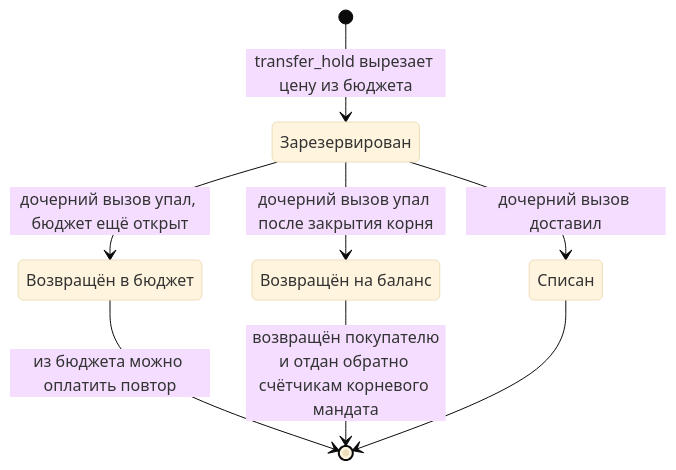
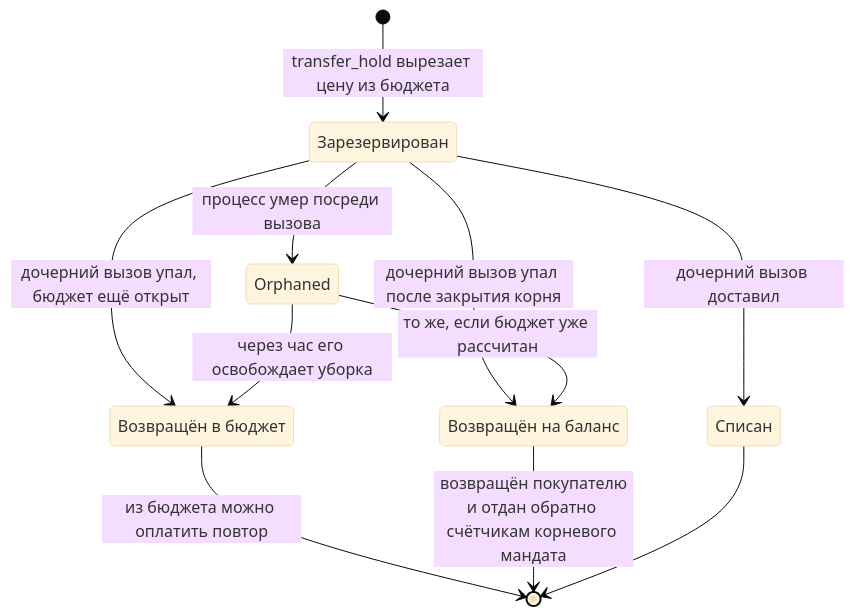
One commit to alexar76/aimarket-hub changed the fourth of 8 diagrams in docs/subcontracting.ru.md. Above: the diagram before and after it, drawn with Mermaid (base theme). The commit also changed other lines of this file and 34 other files, not shown here.

````diff
--- a/docs/subcontracting.ru.md
+++ b/docs/subcontracting.ru.md
@@ -237,14 +239,17 @@
 ```mermaid
 stateDiagram-v2
     state "Зарезервирован" as Held
     state "Списан" as Captured
     state "Возвращён в бюджет" as BackToAllowance
     state "Возвращён на баланс" as BackToBalance
     [*] --> Held: transfer_hold вырезает цену из бюджета
     Held --> Captured: дочерний вызов доставил
     Held --> BackToAllowance: дочерний вызов упал, бюджет ещё открыт
     Held --> BackToBalance: дочерний вызов упал после закрытия корня
+    Held --> Orphaned: процесс умер посреди вызова
+    Orphaned --> BackToAllowance: через час его освобождает уборка
+    Orphaned --> BackToBalance: то же, если бюджет уже рассчитан
     BackToAllowance --> [*]: из бюджета можно оплатить повтор
     BackToBalance --> [*]: возвращён покупателю<br/>и отдан обратно счётчикам корневого мандата
     Captured --> [*]
 ```
````
